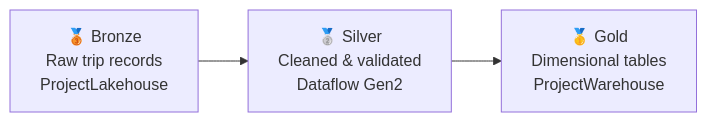
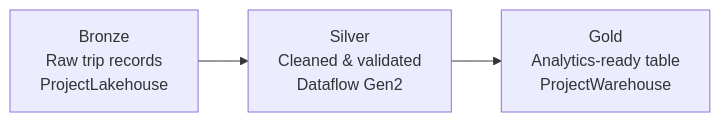
Before and after one commit to glcapitan/microsoft-fabric-nyc-taxi-analytics: the second of 2 diagrams in README.md, drawn with Mermaid. The commit also changed other lines of this file, not shown here.

````diff
--- a/README.md
+++ b/README.md
@@ -73,5 +65,5 @@
 ```mermaid
 flowchart LR
-    B[🥉 Bronze<br/>Raw trip records<br/>ProjectLakehouse] --> S[🥈 Silver<br/>Cleaned & validated<br/>Dataflow Gen2]
-    S --> G[🥇 Gold<br/>Dimensional tables<br/>ProjectWarehouse]
+    B[Bronze<br/>Raw trip records<br/>ProjectLakehouse] --> S[Silver<br/>Cleaned & validated<br/>Dataflow Gen2]
+    S --> G[Gold<br/>Analytics-ready table<br/>ProjectWarehouse]
 ```
````
